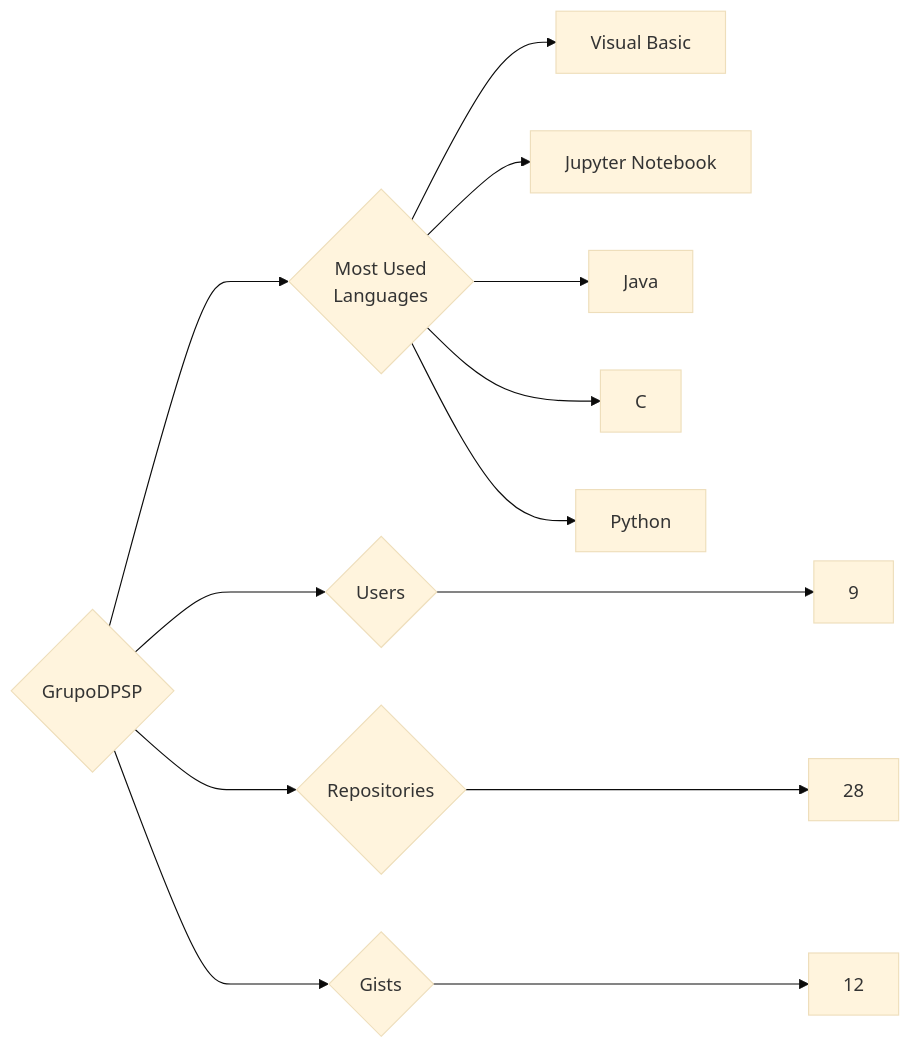
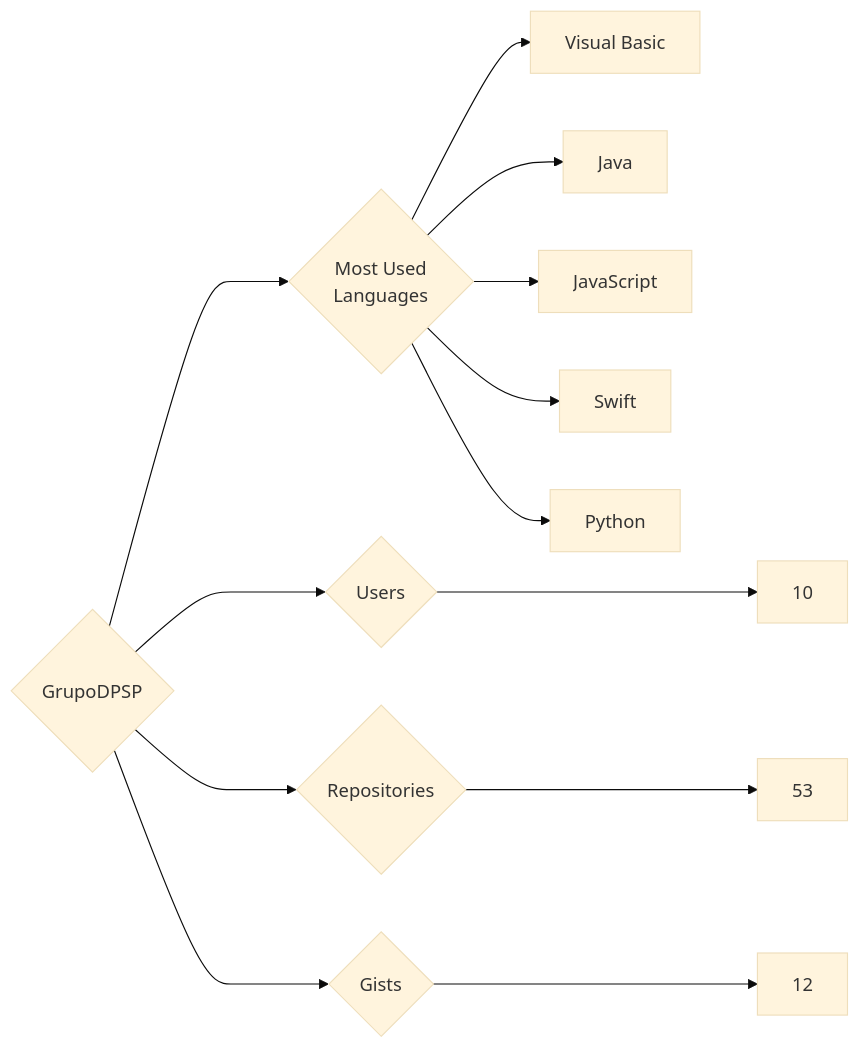
Before and after one commit to trickest/insiders: the diagram in targets/GrupoDPSP/README.md, drawn with Mermaid (base theme). The commit also changed 1120 other files, not shown here.

````diff
--- a/targets/GrupoDPSP/README.md
+++ b/targets/GrupoDPSP/README.md
@@ -3,13 +3,13 @@
 ```mermaid
 graph LR
 COMPANY_NAME{GrupoDPSP}
-COMPANY_NAME ---> U{Users} ---> UN[9]
-COMPANY_NAME ---> R{Repositories} ---> RN[28]
+COMPANY_NAME ---> U{Users} ---> UN[10]
+COMPANY_NAME ---> R{Repositories} ---> RN[53]
 COMPANY_NAME ---> G{Gists} ---> GN[12]
 COMPANY_NAME ---> ML{Most Used<br>Languages}
 ML --> Visual_Basic[Visual Basic]
-ML --> Jupyter_Notebook[Jupyter Notebook]
 ML --> Java[Java]
-ML --> C[C]
+ML --> JavaScript[JavaScript]
+ML --> Swift[Swift]
 ML --> Python[Python]
 ```
````
